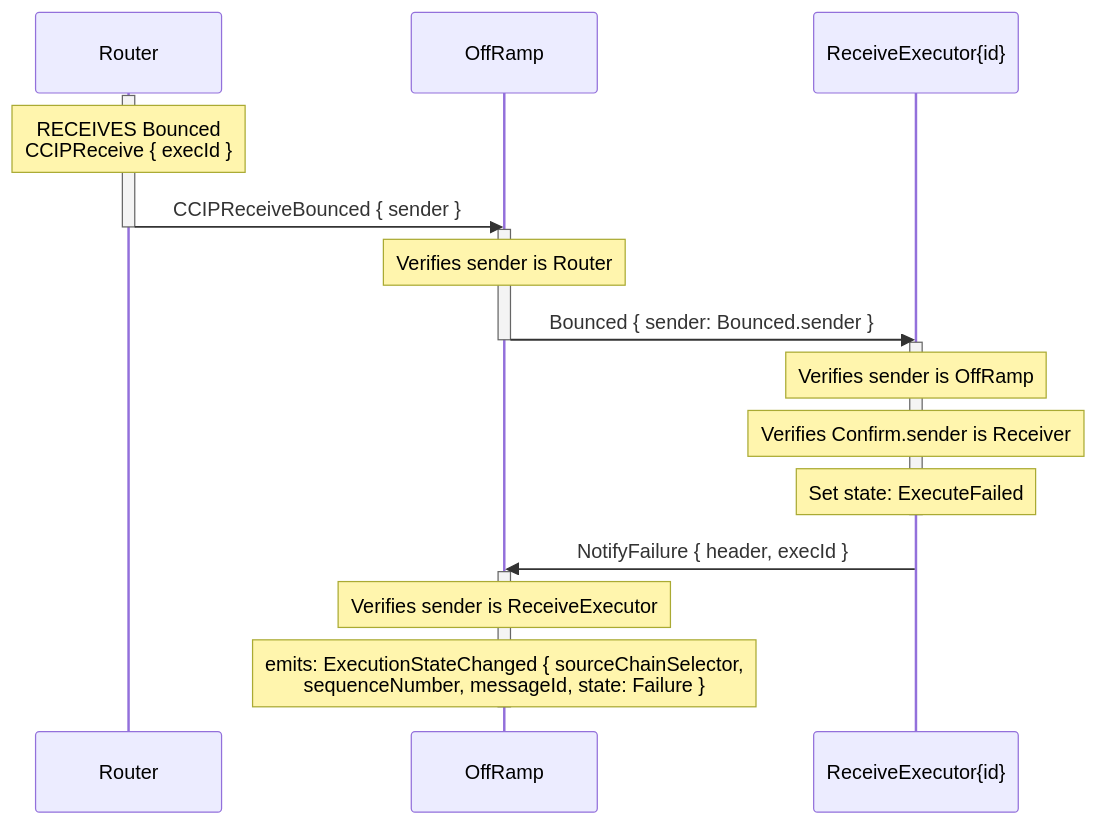
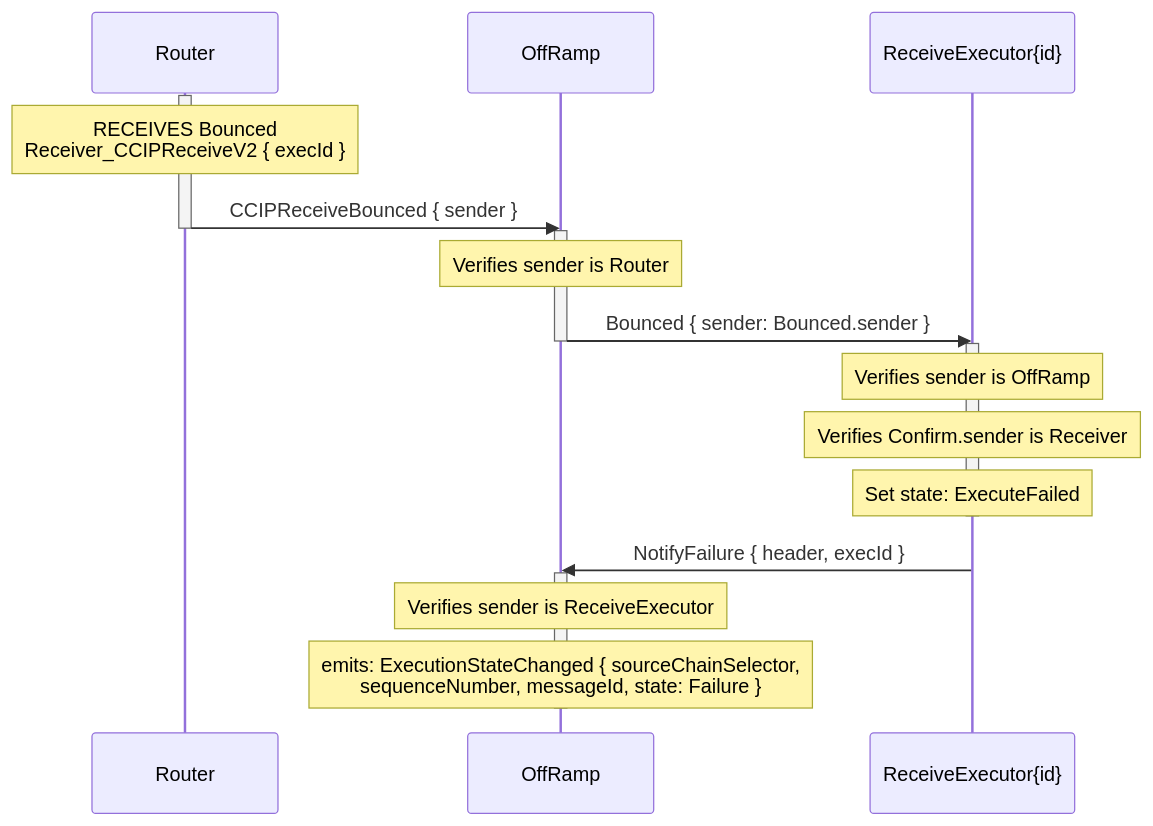
Before and after one commit to smartcontractkit/chainlink-ton: the sixth of 6 diagrams in docs/contracts/overview/ccip/offramp/arbitrary-msg.md, drawn with Mermaid. The commit also changed other lines of this file and 31 other files, not shown here.

First line of the commit message:
[NONEVM-5608] Fix Receiver_CCIPReceive potential overflow (#841)

````diff
--- a/docs/contracts/overview/ccip/offramp/arbitrary-msg.md
+++ b/docs/contracts/overview/ccip/offramp/arbitrary-msg.md
@@ -186,34 +186,34 @@
 ```mermaid
 sequenceDiagram
     participant R as Router
     participant OR as OffRamp
     participant RE as ReceiveExecutor{id}
 
 
     activate R
-    Note over R: RECEIVES Bounced<br>CCIPReceive { execId }
+    Note over R: RECEIVES Bounced<br>Receiver_CCIPReceiveV2 { execId }
     R ->> OR: CCIPReceiveBounced { sender }
     deactivate R
 
 
 
     activate OR
     Note over OR: Verifies sender is Router
     OR ->> RE: Bounced { sender: Bounced.sender }
     deactivate OR
 
 
     activate RE
     Note over RE: Verifies sender is OffRamp
     Note over RE: Verifies Confirm.sender is Receiver
     Note over RE: Set state: ExecuteFailed
     deactivate RE
     RE ->> OR: NotifyFailure { header, execId }
 
 
 
     activate OR
     Note over OR: Verifies sender is ReceiveExecutor
     Note over OR: emits: ExecutionStateChanged { sourceChainSelector,<br>sequenceNumber, messageId, state: Failure }
     deactivate OR
 ```
````
